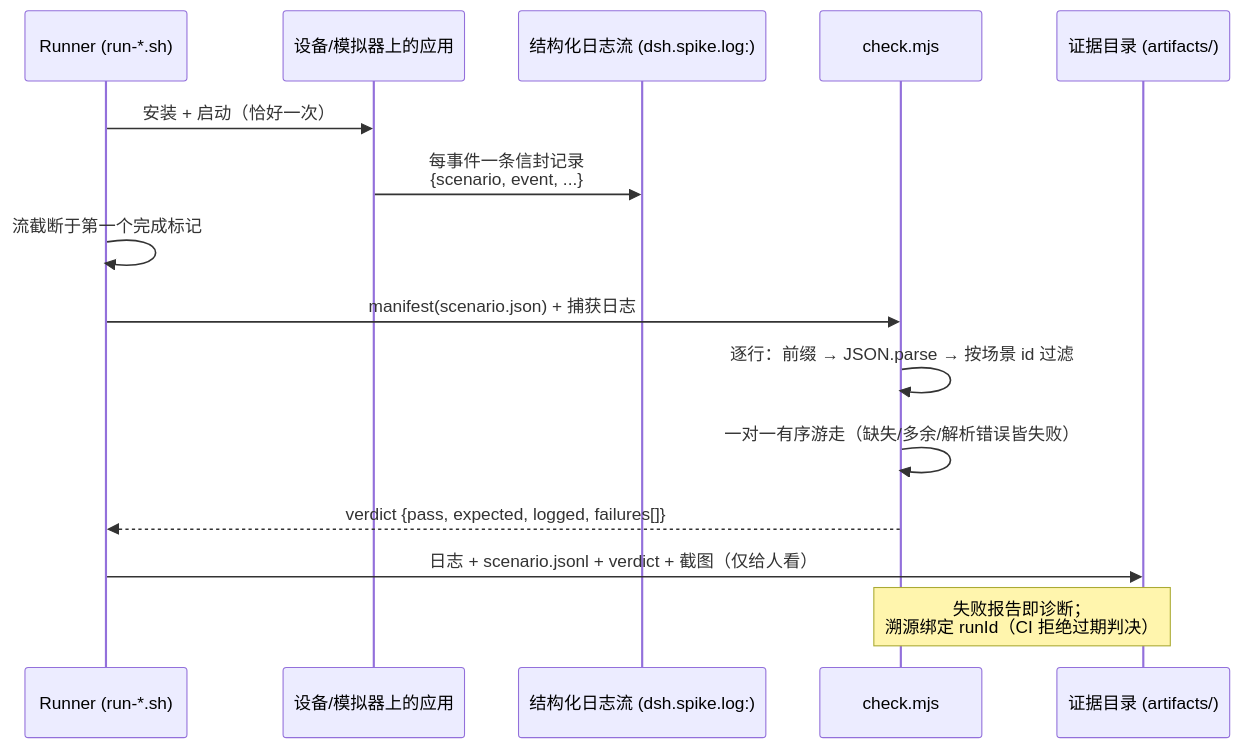
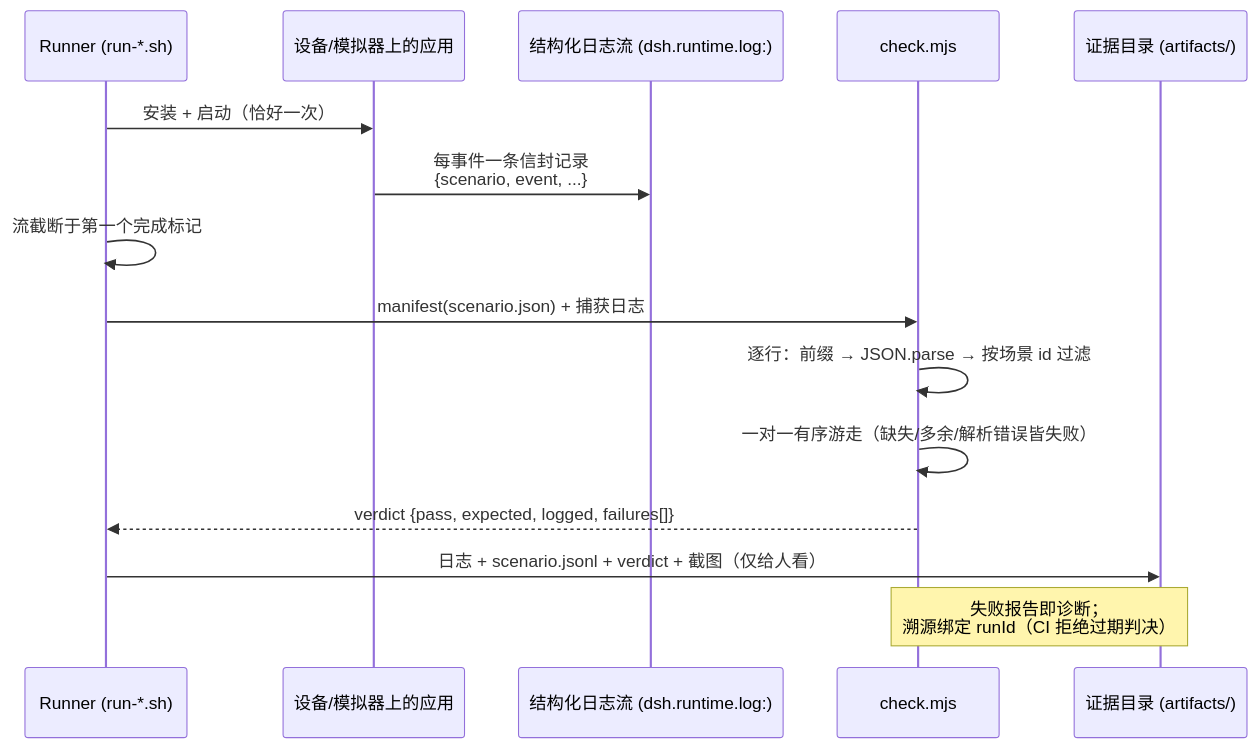
Before and after one commit to Lixiang9716/dsh-mobile: the ninth of 10 diagrams in docs/sequence-diagrams.zh.md, drawn with Mermaid. The commit also changed other lines of this file and 4947 other files, not shown here.

````diff
--- a/docs/sequence-diagrams.zh.md
+++ b/docs/sequence-diagrams.zh.md
@@ -229,18 +229,18 @@
 ```mermaid
 sequenceDiagram
     participant R as Runner (run-*.sh)
     participant A as 设备/模拟器上的应用
-    participant L as 结构化日志流 (dsh.spike.log:)
+    participant L as 结构化日志流 (dsh.runtime.log:)
     participant X as check.mjs
     participant M as 证据目录 (artifacts/)
 
     R->>A: 安装 + 启动（恰好一次）
     A->>L: 每事件一条信封记录<br/>{scenario, event, ...}
     R->>R: 流截断于第一个完成标记
     R->>X: manifest(scenario.json) + 捕获日志
     X->>X: 逐行：前缀 → JSON.parse → 按场景 id 过滤
     X->>X: 一对一有序游走（缺失/多余/解析错误皆失败）
     X-->>R: verdict {pass, expected, logged, failures[]}
     R->>M: 日志 + scenario.jsonl + verdict + 截图（仅给人看）
     Note over X,M: 失败报告即诊断；<br/>溯源绑定 runId（CI 拒绝过期判决）
 ```
````
